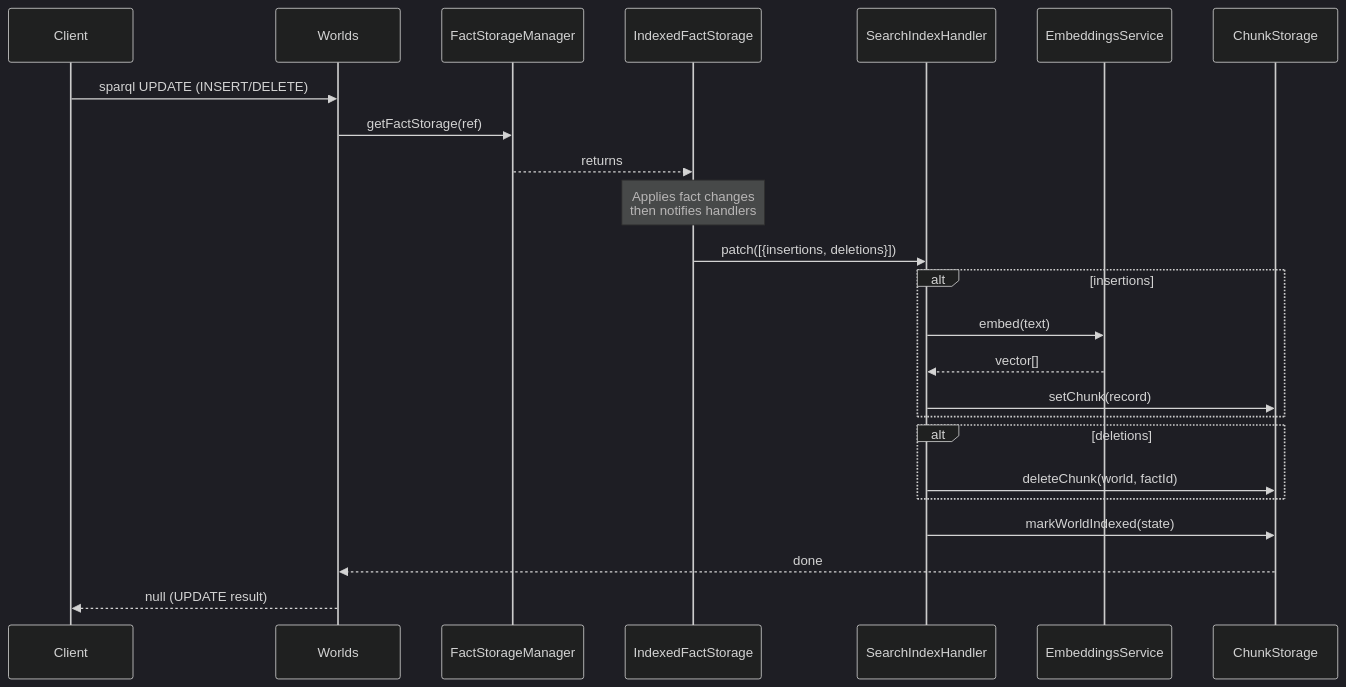
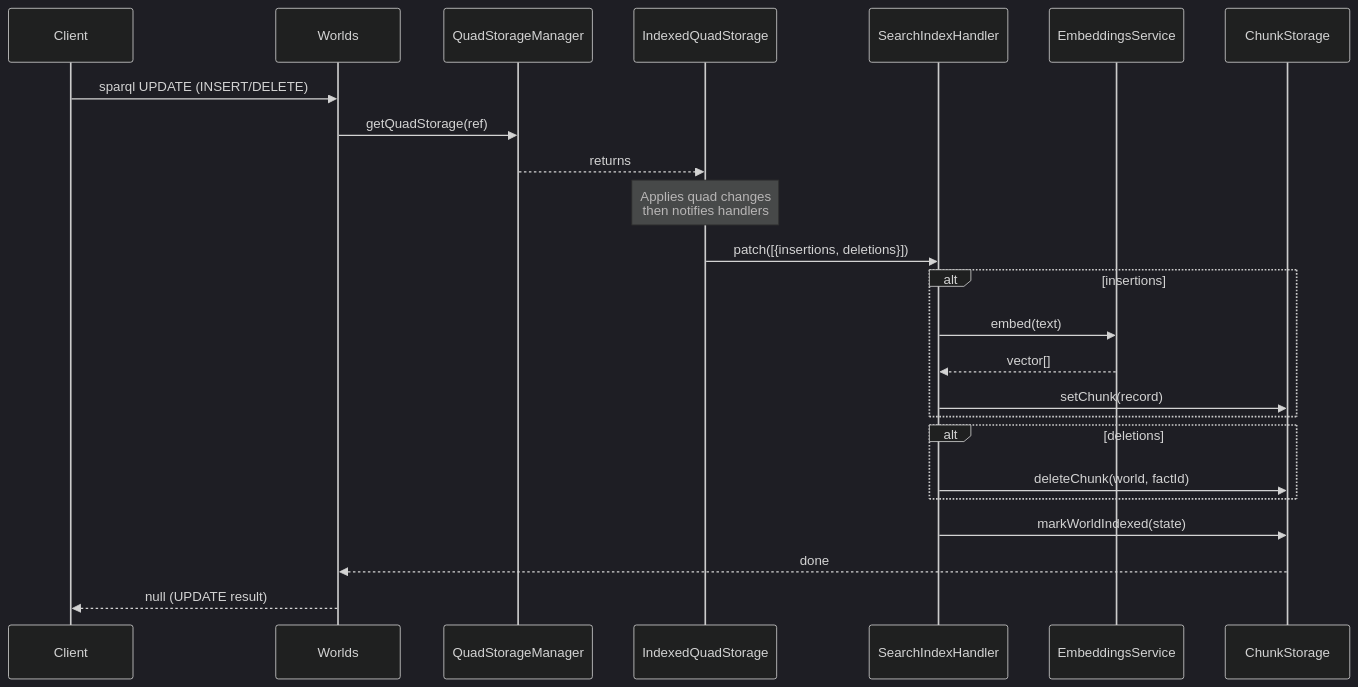
The second of 5 diagrams in docs/ARCHITECTURE.md (wazootech/worlds-api), drawn with Mermaid (dark theme) before and after one commit. The commit also changed other lines of this file and 27 other files, not shown here.

First line of the commit message:
refactor: rename fact storage APIs to quad storage

````diff
--- a/docs/ARCHITECTURE.md
+++ b/docs/ARCHITECTURE.md
@@ -150,32 +150,32 @@
 ```mermaid
 sequenceDiagram
     participant Client
     participant Worlds
-    participant FactStorageManager
-    participant IndexedFactStorage
+    participant QuadStorageManager
+    participant IndexedQuadStorage
     participant SearchIndexHandler
     participant EmbeddingsService
     participant ChunkStorage
     
     Client->>Worlds: sparql UPDATE (INSERT/DELETE)
-    Worlds->>FactStorageManager: getFactStorage(ref)
-    FactStorageManager-->>IndexedFactStorage: returns
+    Worlds->>QuadStorageManager: getQuadStorage(ref)
+    QuadStorageManager-->>IndexedQuadStorage: returns
     
-    Note over IndexedFactStorage: Applies fact changes<br/>then notifies handlers
+    Note over IndexedQuadStorage: Applies quad changes<br/>then notifies handlers
     
-    IndexedFactStorage->>SearchIndexHandler: patch([{insertions, deletions}])
+    IndexedQuadStorage->>SearchIndexHandler: patch([{insertions, deletions}])
     
     alt insertions
         SearchIndexHandler->>EmbeddingsService: embed(text)
         EmbeddingsService-->>SearchIndexHandler: vector[]
         SearchIndexHandler->>ChunkStorage: setChunk(record)
     end
     
     alt deletions
         SearchIndexHandler->>ChunkStorage: deleteChunk(world, factId)
     end
     
     SearchIndexHandler->>ChunkStorage: markWorldIndexed(state)
     ChunkStorage-->>Worlds: done
     Worlds-->>Client: null (UPDATE result)
 ```
````
